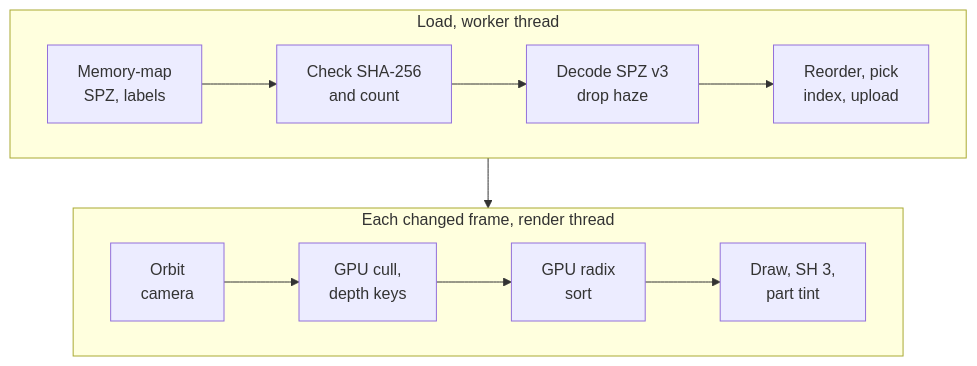
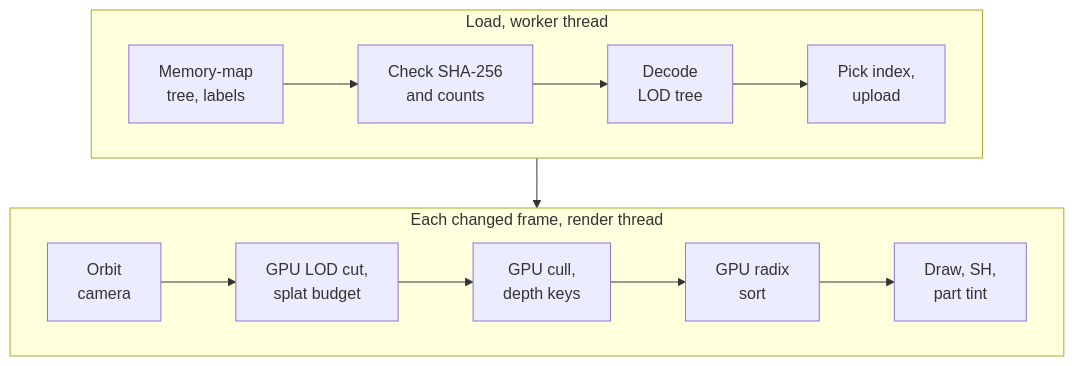
Before and after one commit to Xget7/splat-field-guide: the diagram in packages/react-native-splat/README.md, drawn with Mermaid. The commit also changed other lines of this file and 7 other files, not shown here.

Commit message:
Record the SplatKit 9a1fd04 sync in provenance and the LOD decision

````diff
--- a/packages/react-native-splat/README.md
+++ b/packages/react-native-splat/README.md
@@ -10,16 +10,17 @@
 ```mermaid
 flowchart TB
   subgraph Load["Load, worker thread"]
     direction LR
-    map["Memory-map<br/>SPZ, labels"] --> verify["Check SHA-256<br/>and count"]
-    verify --> decode["Decode SPZ v3<br/>drop haze"]
-    decode --> index["Reorder, pick<br/>index, upload"]
+    map["Memory-map<br/>tree, labels"] --> verify["Check SHA-256<br/>and counts"]
+    verify --> decode["Decode<br/>LOD tree"]
+    decode --> index["Pick index,<br/>upload"]
   end
   subgraph Frame["Each changed frame, render thread"]
     direction LR
-    camera["Orbit<br/>camera"] --> cull["GPU cull,<br/>depth keys"]
+    camera["Orbit<br/>camera"] --> select["GPU LOD cut,<br/>splat budget"]
+    select --> cull["GPU cull,<br/>depth keys"]
     cull --> sort["GPU radix<br/>sort"]
-    sort --> draw["Draw, SH 3,<br/>part tint"]
+    sort --> draw["Draw, SH,<br/>part tint"]
   end
   Load --> Frame
 ```
````
